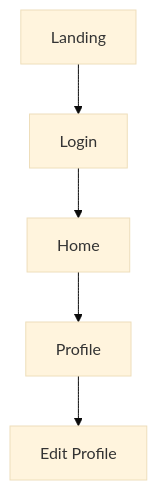
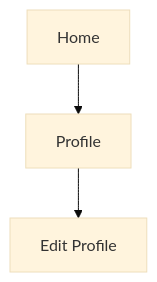
Before and after one commit to SaluteKevin/AQkid: the third of 4 diagrams in Design/views/page-flow.md, drawn with Mermaid (base theme). The commit also changed other lines of this file, not shown here.

Commit message:
Simplify page flow

````diff
--- a/Design/views/page-flow.md
+++ b/Design/views/page-flow.md
@@ -34,7 +46,7 @@
 ```mermaid
 flowchart TD
 
-    start[Landing] --> teacherLogin[Login] --> teacherHome[Home]
+    teacherHome[Home]
 
     teacherHome --> teacherProfileShow[Profile] --> teacherProfileEdit[Edit Profile]
 ```
````
